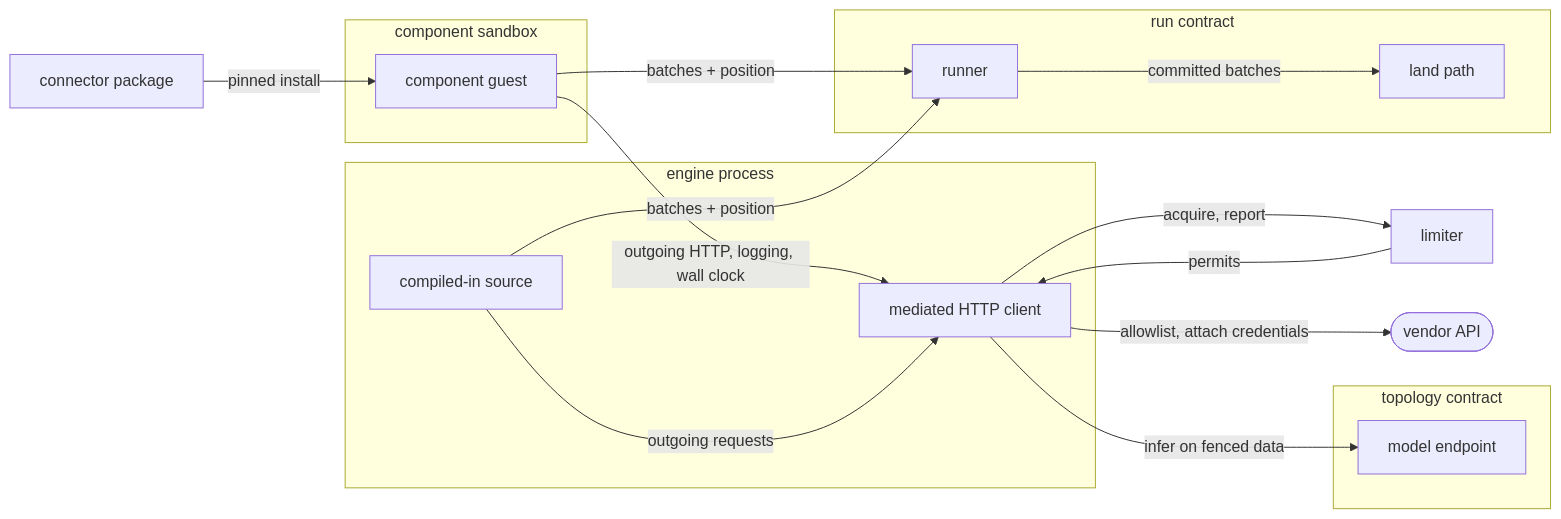
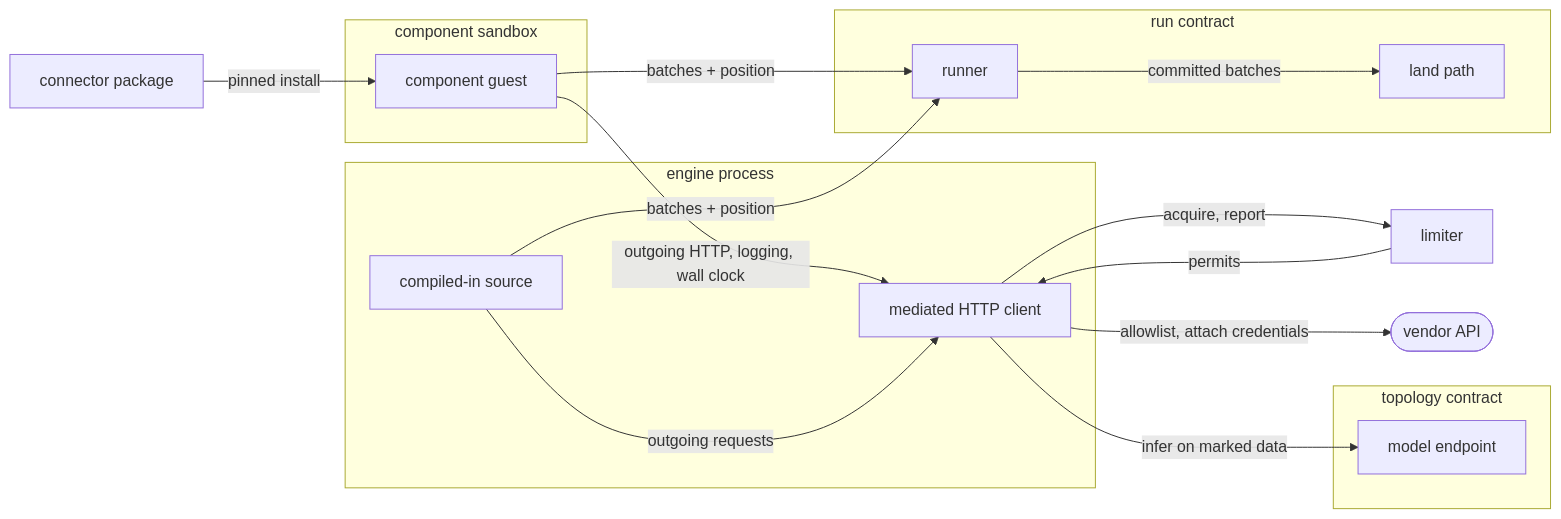
Before and after one commit to fractalboxdev/contextful: the first of 5 diagrams in spec/40-connector.md, drawn with Mermaid. The commit also changed other lines of this file and 8 other files, not shown here.

````diff
--- a/spec/40-connector.md
+++ b/spec/40-connector.md
@@ -22,29 +22,29 @@
 ```mermaid
 flowchart LR
   PKG["connector package"] -->|"pinned install"| GUEST
   subgraph SANDBOX["component sandbox"]
     GUEST["component guest"]
   end
   subgraph ENGINE["engine process"]
     NATIVE["compiled-in source"]
     MED["mediated HTTP client"]
   end
   subgraph RUNC["run contract"]
     RUN["runner"]
     LAND["land path"]
   end
   LIM["limiter"]
   VEND(["vendor API"])
   subgraph TOPO["topology contract"]
     MODEL["model endpoint"]
   end
   GUEST -->|"outgoing HTTP, logging, wall clock"| MED
   NATIVE -->|"outgoing requests"| MED
   MED -->|"acquire, report"| LIM
   LIM -->|"permits"| MED
   MED -->|"allowlist, attach credentials"| VEND
-  MED -->|"infer on fenced data"| MODEL
+  MED -->|"infer on marked data"| MODEL
   GUEST -->|"batches + position"| RUN
   NATIVE -->|"batches + position"| RUN
   RUN -->|"committed batches"| LAND
 ```
````
